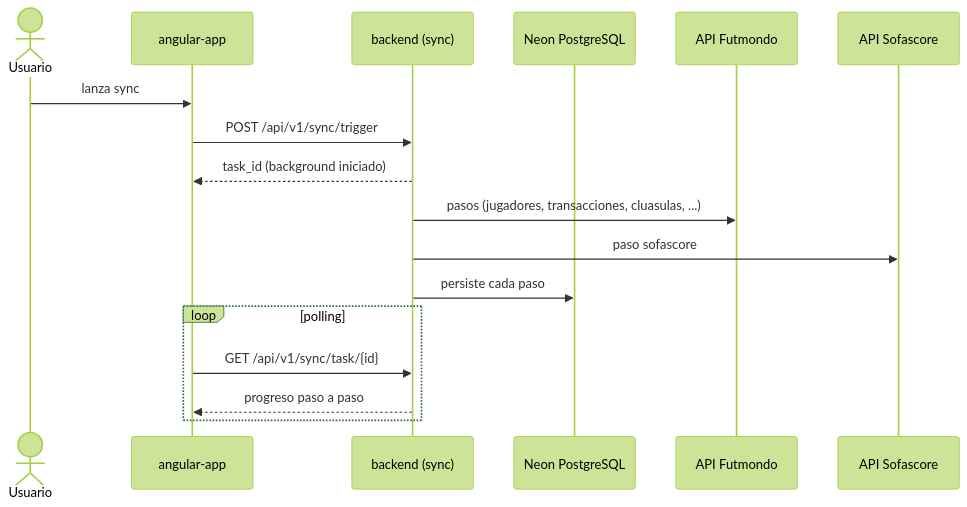
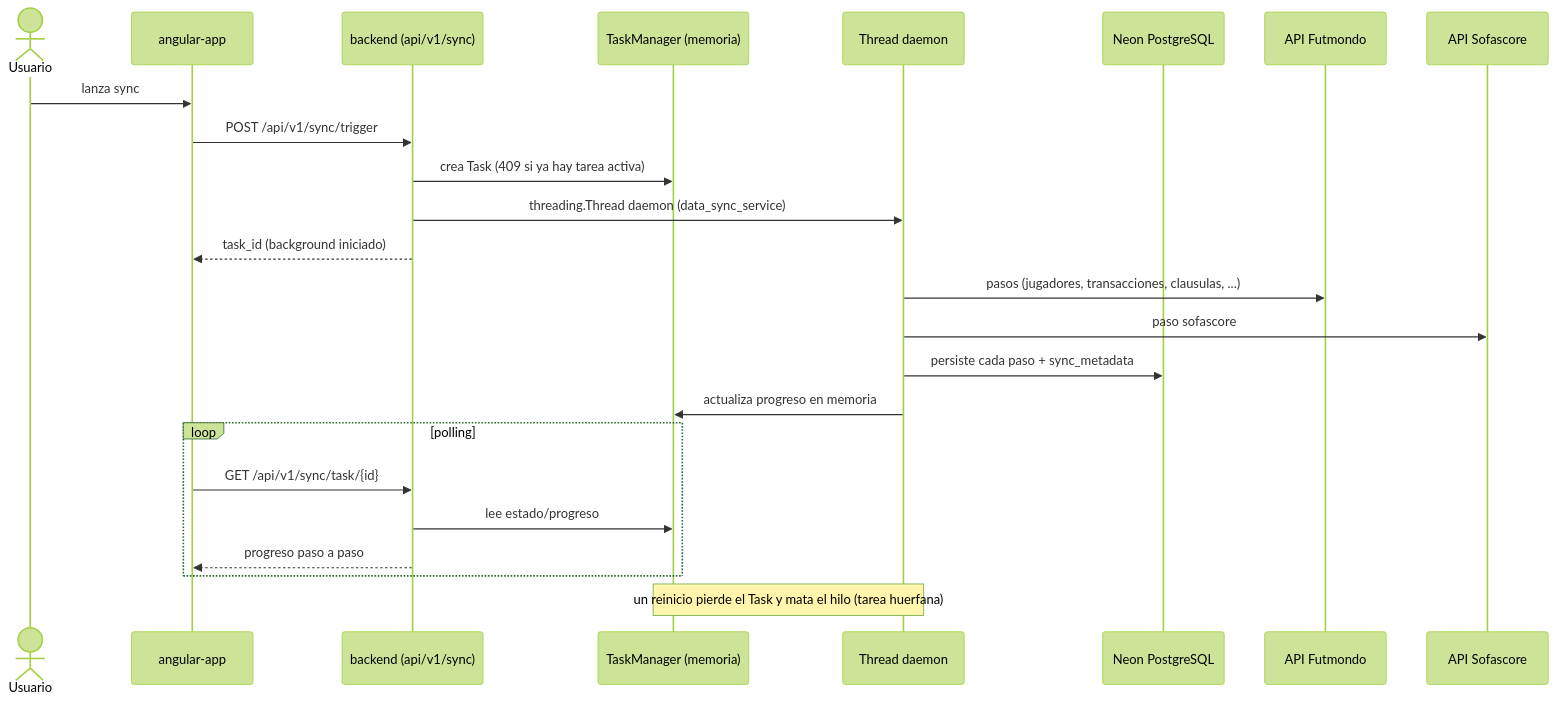
One commit to Mutinho/futmondo-analytics changed the fifth of 5 diagrams in aidlc/spaces/default/codekb/futmondo-analytics/architecture.md. Above: the diagram before and after it, drawn with Mermaid (forest theme). The commit also changed other lines of this file and 56 other files, not shown here.

````diff
--- a/aidlc/spaces/default/codekb/futmondo-analytics/architecture.md
+++ b/aidlc/spaces/default/codekb/futmondo-analytics/architecture.md
@@ -97,19 +144,26 @@
 ```mermaid
 sequenceDiagram
   actor U as Usuario
   participant FE as angular-app
-  participant BE as backend (sync)
+  participant BE as backend (api/v1/sync)
+  participant TM as TaskManager (memoria)
+  participant TH as Thread daemon
   participant DB as Neon PostgreSQL
   participant FM as API Futmondo
   participant SS as API Sofascore
   U->>FE: lanza sync
   FE->>BE: POST /api/v1/sync/trigger
+  BE->>TM: crea Task (409 si ya hay tarea activa)
+  BE->>TH: threading.Thread daemon (data_sync_service)
   BE-->>FE: task_id (background iniciado)
-  BE->>FM: pasos (jugadores, transacciones, cluasulas, ...)
-  BE->>SS: paso sofascore
-  BE->>DB: persiste cada paso
+  TH->>FM: pasos (jugadores, transacciones, clausulas, ...)
+  TH->>SS: paso sofascore
+  TH->>DB: persiste cada paso + sync_metadata
+  TH->>TM: actualiza progreso en memoria
   loop polling
     FE->>BE: GET /api/v1/sync/task/{id}
+    BE->>TM: lee estado/progreso
     BE-->>FE: progreso paso a paso
   end
+  Note over TM,TH: un reinicio pierde el Task y mata el hilo (tarea huerfana)
 ```
````
